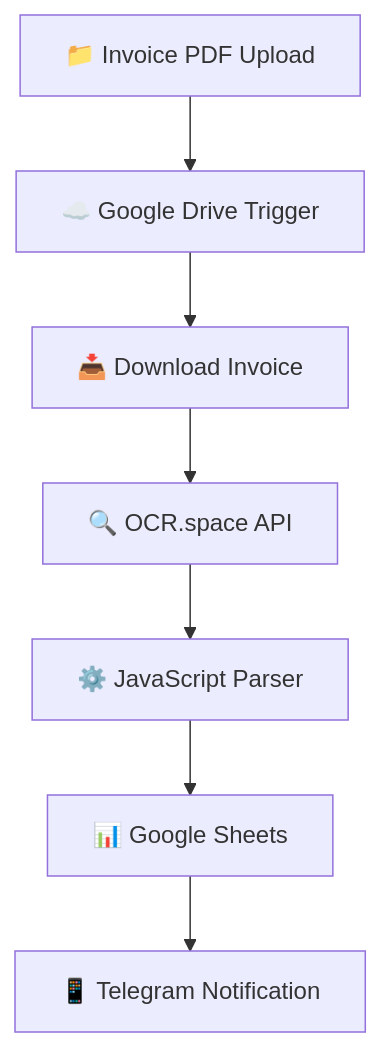
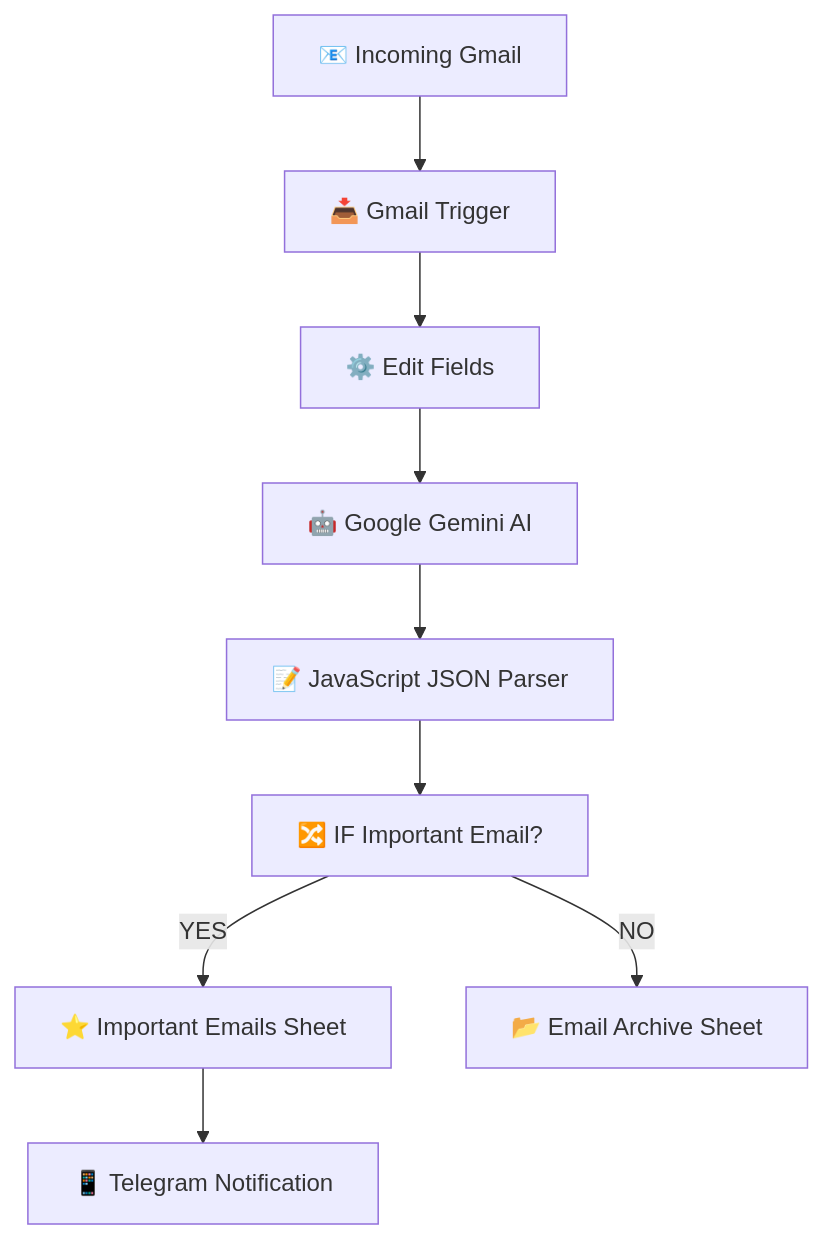
One commit to belioautomation/-Invoice-Data-Extractor-Organizer-using-n8n changed the diagram in README.md. Above: the diagram before and after it, drawn with Mermaid. The commit also changed other lines of this file, not shown here.

Commit message:
Rename project to AI Email Classifier and update details

`````diff
--- a/README.md
+++ b/README.md
@@ -85,24 +96,28 @@
 ```mermaid
 flowchart TD
 
+A["📧 Incoming Gmail"]
 
-A["📁 Invoice PDF Upload"]
-
---> B["☁️ Google Drive Trigger"]
+--> B["📥 Gmail Trigger"]
 
 
-B --> C["📥 Download Invoice"]
+B --> C["⚙️ Edit Fields"]
 
 
-C --> D["🔍 OCR.space API"]
+C --> D["🤖 Google Gemini AI"]
 
 
-D --> E["⚙️ JavaScript Parser"]
+D --> E["📝 JavaScript JSON Parser"]
 
 
-E --> F["📊 Google Sheets"]
+E --> F["🔀 IF Important Email?"]
 
 
-F --> G["📱 Telegram Notification"]
+F -->|YES| G["⭐ Important Emails Sheet"]
 
-````
+F -->|NO| H["📂 Email Archive Sheet"]
+
+
+G --> I["📱 Telegram Notification"]
+
+```
`````
